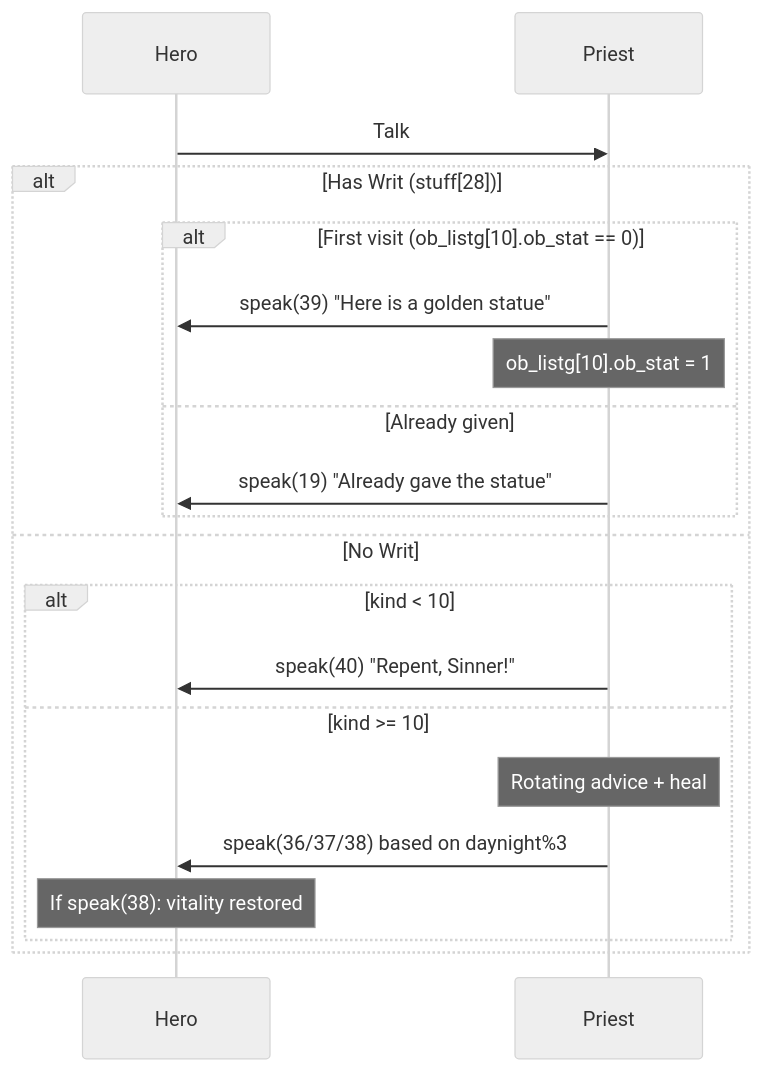
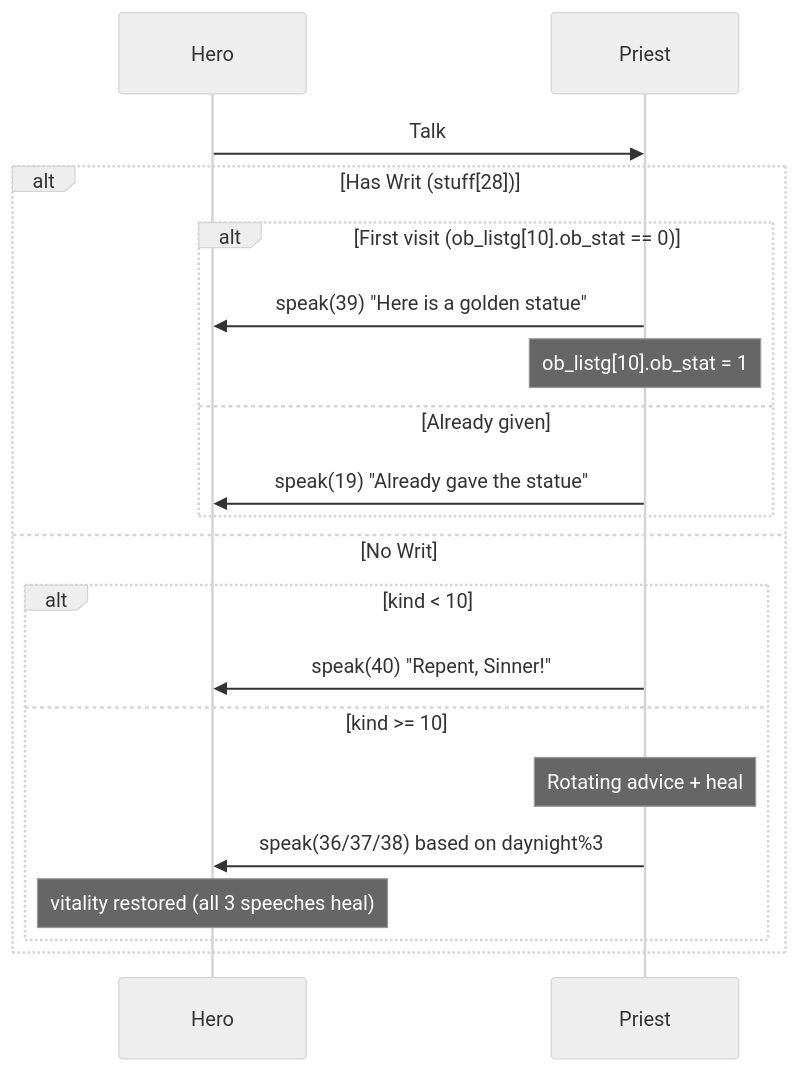
One commit to bacomatic/faery-tale-rs changed diagram 15 of 24 in docs/STORYLINE.md. Above: the diagram before and after it, drawn with Mermaid (neutral theme). The commit also changed other lines of this file, not shown here.

First line of the commit message:
Fix enemy speech table races, priest heal, and complete location tables

````diff
--- a/docs/STORYLINE.md
+++ b/docs/STORYLINE.md
@@ -483,24 +485,24 @@
 ```mermaid
 sequenceDiagram
     participant Hero
     participant Priest
 
     Hero->>Priest: Talk
 
     alt Has Writ (stuff[28])
         alt First visit (ob_listg[10].ob_stat == 0)
             Priest->>Hero: speak(39) "Here is a golden statue"
             Note over Priest: ob_listg[10].ob_stat = 1
         else Already given
             Priest->>Hero: speak(19) "Already gave the statue"
         end
     else No Writ
         alt kind < 10
             Priest->>Hero: speak(40) "Repent, Sinner!"
         else kind >= 10
             Note over Priest: Rotating advice + heal
             Priest->>Hero: speak(36/37/38) based on daynight%3
-            Note over Hero: If speak(38): vitality restored
+            Note over Hero: vitality restored (all 3 speeches heal)
         end
     end
 ```
````
